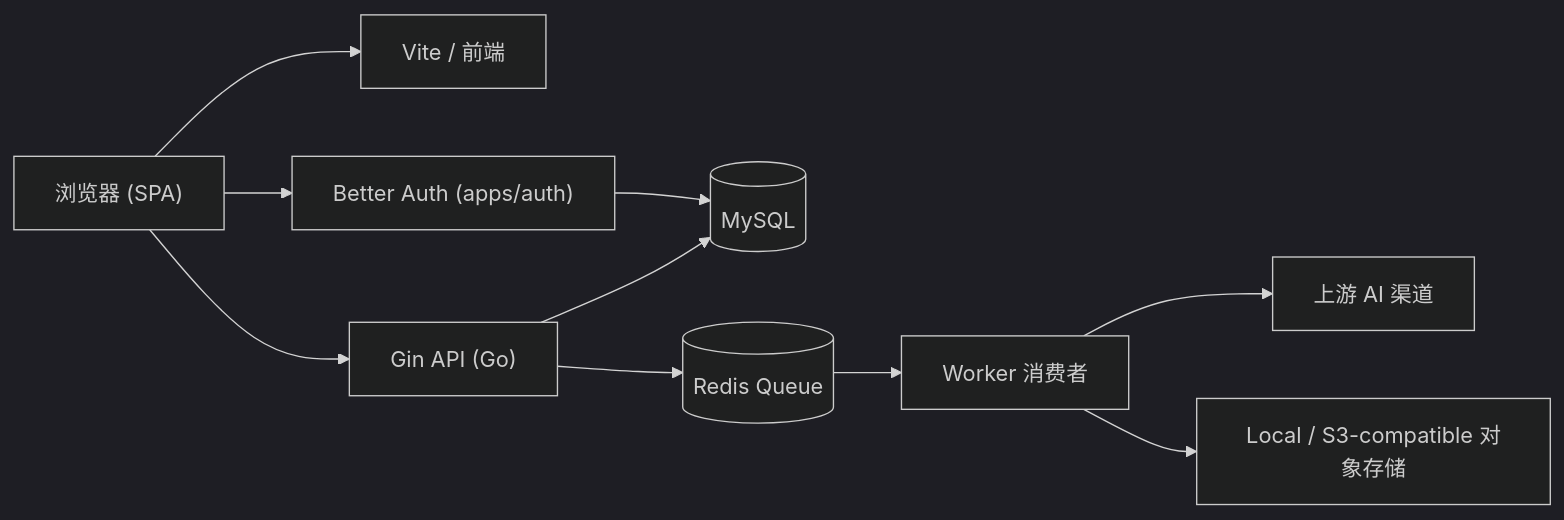
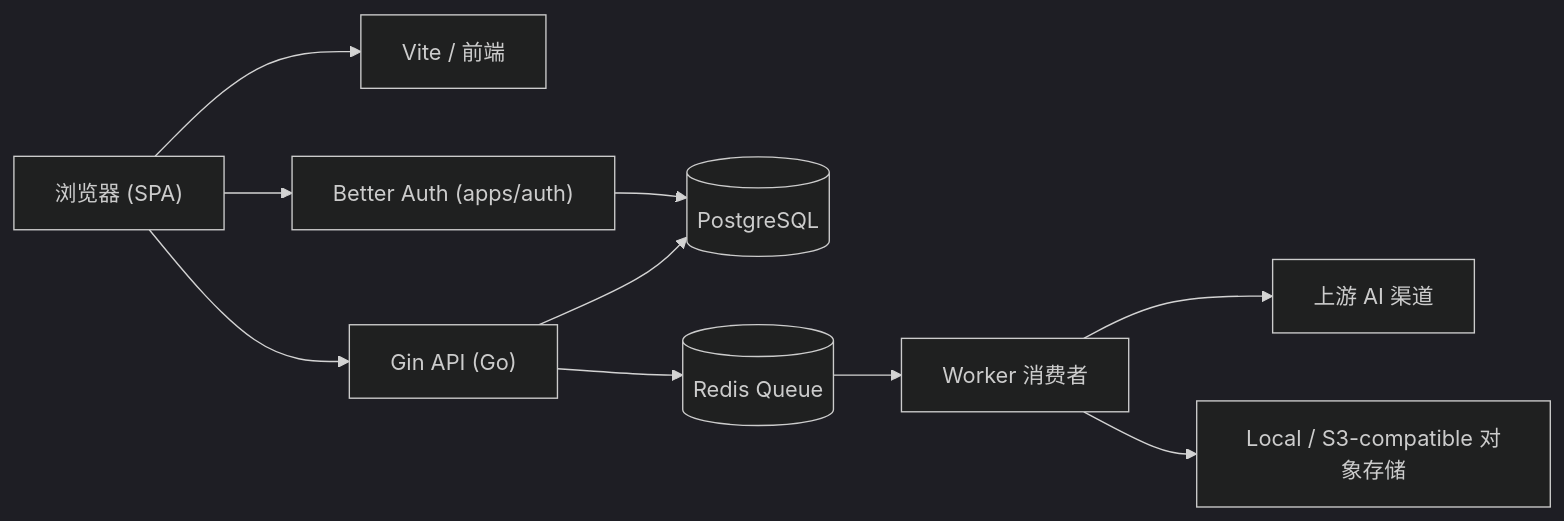
Before and after one commit to Ericsunsk/IdeaBoard: the first of 2 diagrams in DEVELOPMENT.md, drawn with Mermaid (dark theme). The commit also changed other lines of this file and 114 other files, not shown here.

First line of the commit message:
refactor: migrate database from MySQL 8.0 to PostgreSQL 17

````diff
--- a/DEVELOPMENT.md
+++ b/DEVELOPMENT.md
@@ -47,14 +47,14 @@
 ```mermaid
 graph LR
     Browser["浏览器 (SPA)"] --> Vite["Vite / 前端"]
     Browser --> Auth["Better Auth (apps/auth)"]
     Browser --> Gin["Gin API (Go)"]
     
-    Gin --> MySQL[("MySQL")]
+    Gin --> Postgres[("PostgreSQL")]
     Gin --> Redis[("Redis Queue")]
-    Auth --> MySQL
+    Auth --> Postgres
     
     Redis --> Worker["Worker 消费者"]
     Worker --> AI["上游 AI 渠道"]
     Worker --> Storage["Local / S3-compatible 对象存储"]
 ```
````
